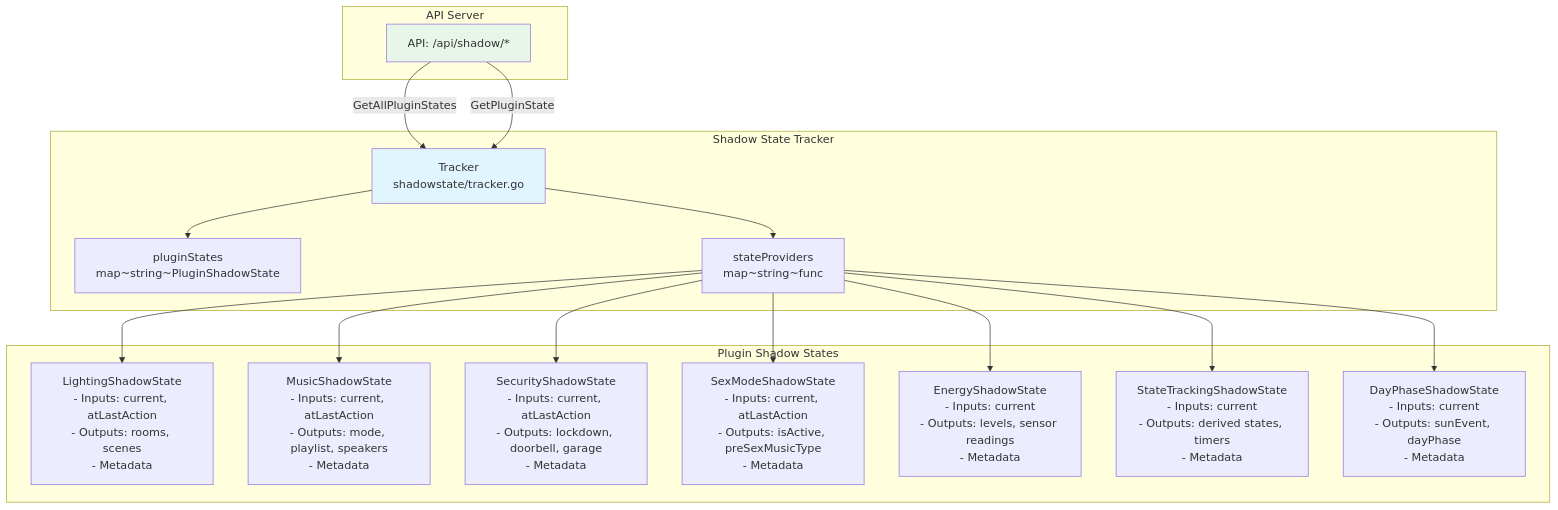
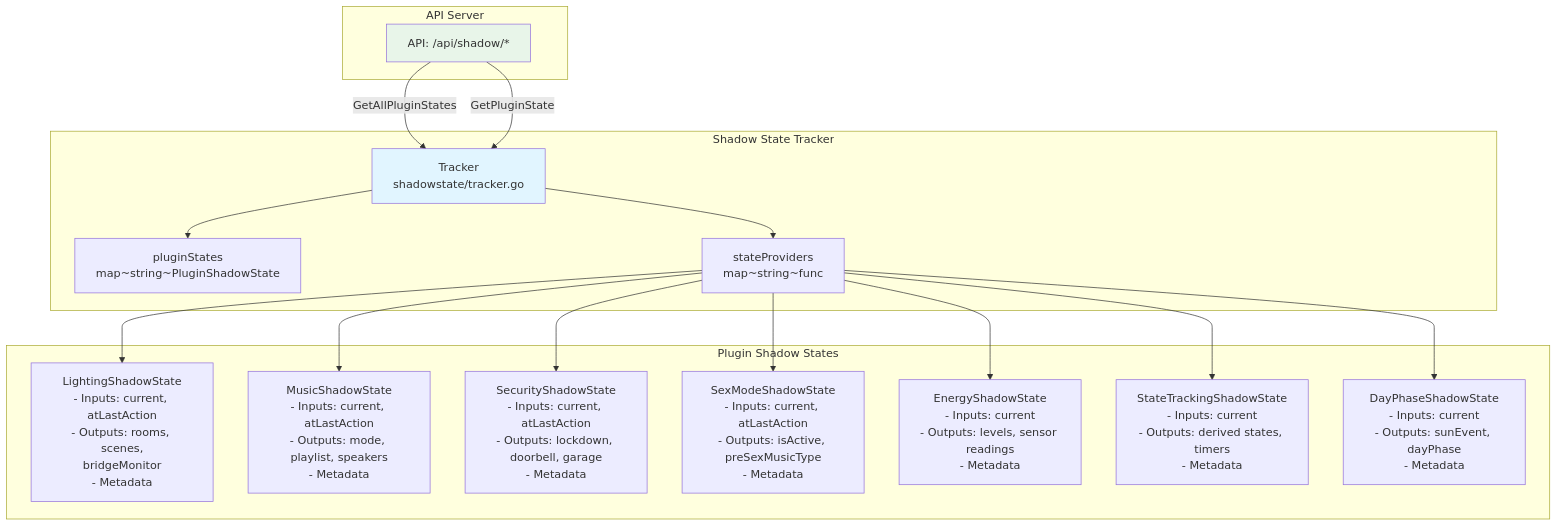
One commit to NickBorgers/home-automation changed the sixth of 14 diagrams in docs/human/VISUAL_ARCHITECTURE.md. Above: the diagram before and after it, drawn with Mermaid. The commit also changed 3 other files, not shown here.

````diff
--- a/docs/human/VISUAL_ARCHITECTURE.md
+++ b/docs/human/VISUAL_ARCHITECTURE.md
@@ -407,45 +407,45 @@
 ```mermaid
 graph TB
     subgraph "Shadow State Tracker"
         Tracker[Tracker<br/>shadowstate/tracker.go]
         PluginStates[pluginStates<br/>map~string~PluginShadowState]
         Providers[stateProviders<br/>map~string~func]
     end
 
     subgraph "Plugin Shadow States"
-        LightingShadow[LightingShadowState<br/>- Inputs: current, atLastAction<br/>- Outputs: rooms, scenes<br/>- Metadata]
+        LightingShadow[LightingShadowState<br/>- Inputs: current, atLastAction<br/>- Outputs: rooms, scenes,<br/>bridgeMonitor<br/>- Metadata]
 
         MusicShadow[MusicShadowState<br/>- Inputs: current, atLastAction<br/>- Outputs: mode, playlist, speakers<br/>- Metadata]
 
         SecurityShadow[SecurityShadowState<br/>- Inputs: current, atLastAction<br/>- Outputs: lockdown, doorbell, garage<br/>- Metadata]
 
         SexModeShadow[SexModeShadowState<br/>- Inputs: current, atLastAction<br/>- Outputs: isActive, preSexMusicType<br/>- Metadata]
 
         EnergyShadow[EnergyShadowState<br/>- Inputs: current<br/>- Outputs: levels, sensor readings<br/>- Metadata]
 
         StateTrackingShadow[StateTrackingShadowState<br/>- Inputs: current<br/>- Outputs: derived states, timers<br/>- Metadata]
 
         DayPhaseShadow[DayPhaseShadowState<br/>- Inputs: current<br/>- Outputs: sunEvent, dayPhase<br/>- Metadata]
     end
 
     subgraph "API Server"
         APIEndpoint["API: /api/shadow/*"]
     end
 
     Tracker --> PluginStates
     Tracker --> Providers
 
     Providers --> LightingShadow
     Providers --> MusicShadow
     Providers --> SecurityShadow
     Providers --> SexModeShadow
     Providers --> EnergyShadow
     Providers --> StateTrackingShadow
     Providers --> DayPhaseShadow
 
     APIEndpoint -->|GetAllPluginStates| Tracker
     APIEndpoint -->|GetPluginState| Tracker
 
     style Tracker fill:#e1f5ff
     style APIEndpoint fill:#e8f5e9
 ```
````
